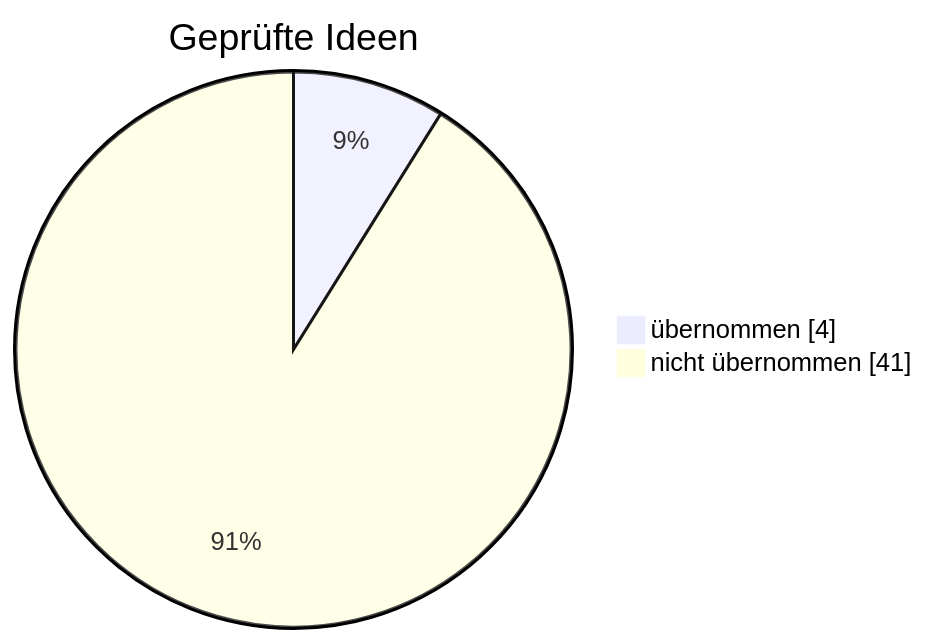
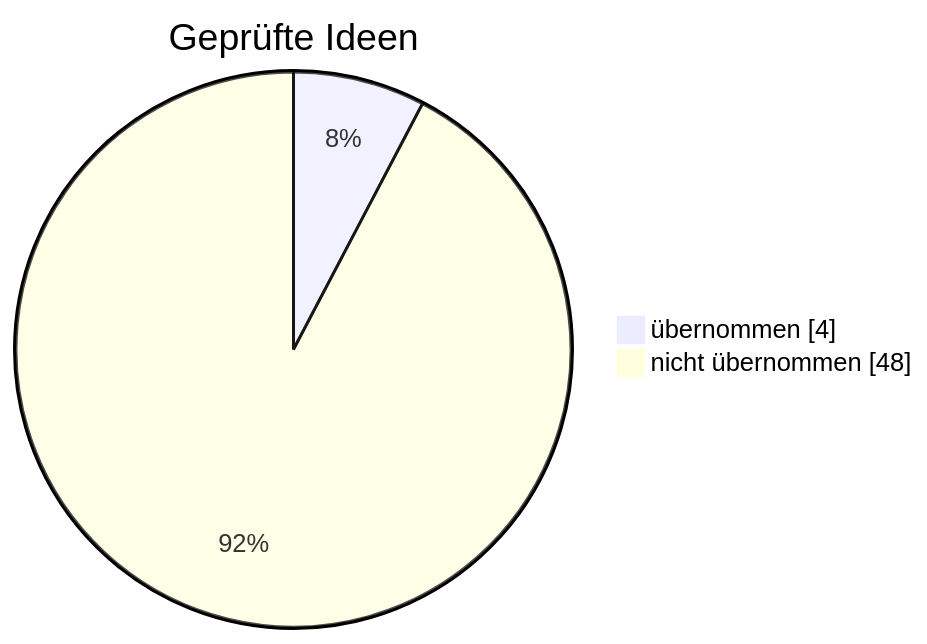
One commit to sickingmalte-arch/Test-Bot changed the diagram in gehirn/Notizen/Was der Bot schon weiß.md. Above: the diagram before and after it, drawn with Mermaid. The commit also changed other lines of this file and 40 other files, not shown here.

````diff
--- a/gehirn/Notizen/Was der Bot schon weiß.md
+++ b/gehirn/Notizen/Was der Bot schon weiß.md
@@ -19,6 +19,6 @@
 ```mermaid
 pie showData
     title Geprüfte Ideen
     "übernommen" : 4
-    "nicht übernommen" : 41
+    "nicht übernommen" : 48
 ```
````
